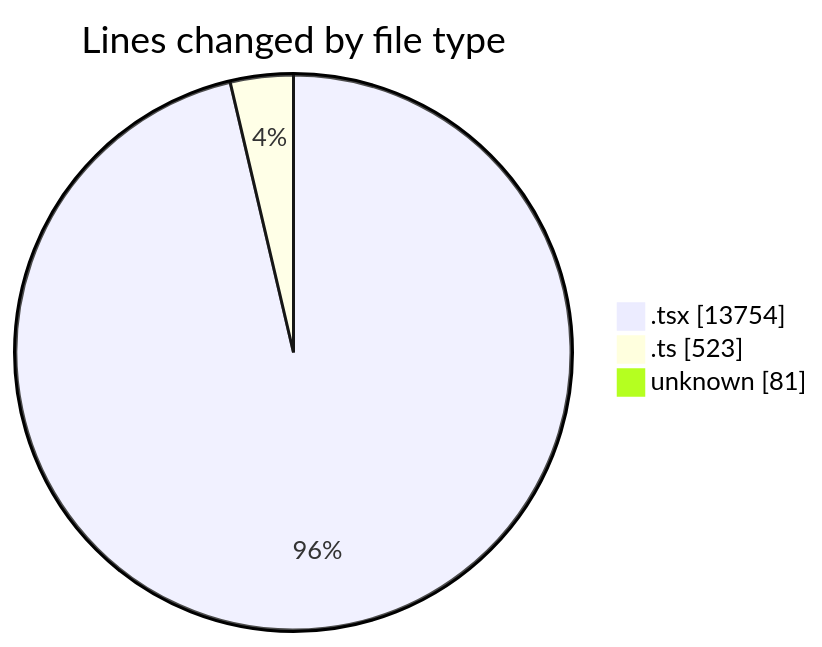
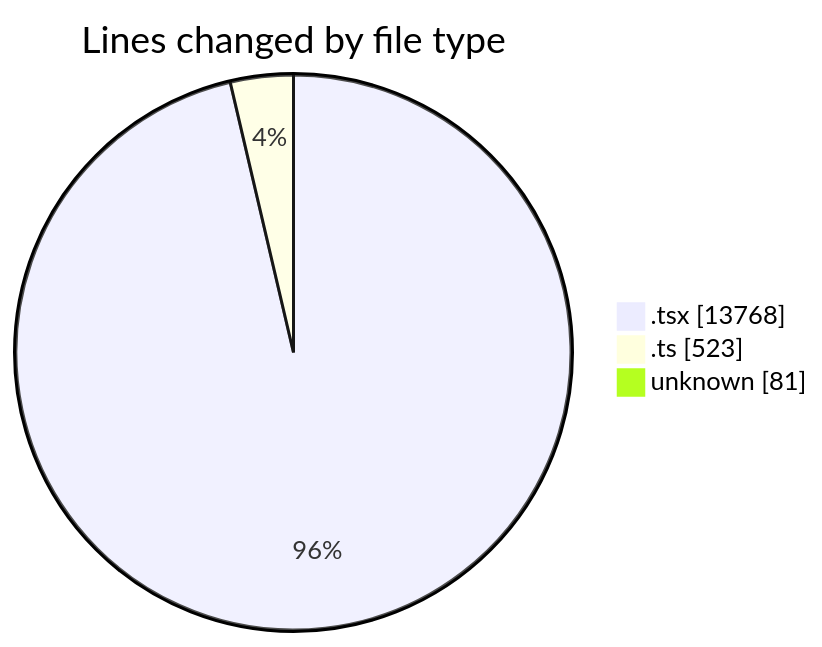
Before and after one commit to nxtqubesakshisongat/code-tracking: the first of 2 diagrams in 2026-04-05/nxtqube_webapp/README.md, drawn with Mermaid. The commit also changed other lines of this file and 1 other file, not shown here.

````diff
--- a/2026-04-05/nxtqube_webapp/README.md
+++ b/2026-04-05/nxtqube_webapp/README.md
@@ -27,7 +27,7 @@
 ```mermaid
 pie showData
 title Lines changed by file type
-".tsx" : 13754
+".tsx" : 13768
 ".ts" : 523
 "unknown" : 81
 ```
````
